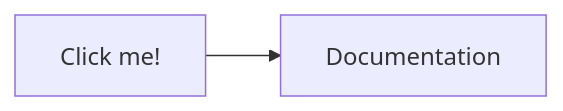
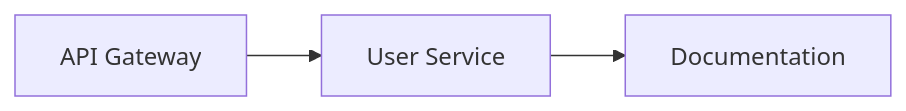
Diagram 14 of 14 in docs/TechSavvy/mermaid-language-guide.md (WISeAgent/blogs), drawn with Mermaid before and after one commit. The commit also changed other lines of this file and 8 other files, not shown here.

Commit message:
enable mermaid support

````diff
--- a/docs/TechSavvy/mermaid-language-guide.md
+++ b/docs/TechSavvy/mermaid-language-guide.md
@@ -130,5 +420,9 @@
 ```mermaid
 flowchart LR
-    A[Click me!] --> B[Documentation]
-    click A "https://mermaid.js.org" "Opens Mermaid docs"
+    A[API Gateway] --> B[User Service]
+    B --> C[Documentation]
+    
+    click A "https://kong.com" "API Gateway docs"
+    click B "https://github.com/team/user-service" "User service repo"
+    click C "https://docs.team.com/user-api" "API documentation"
 ```
````
